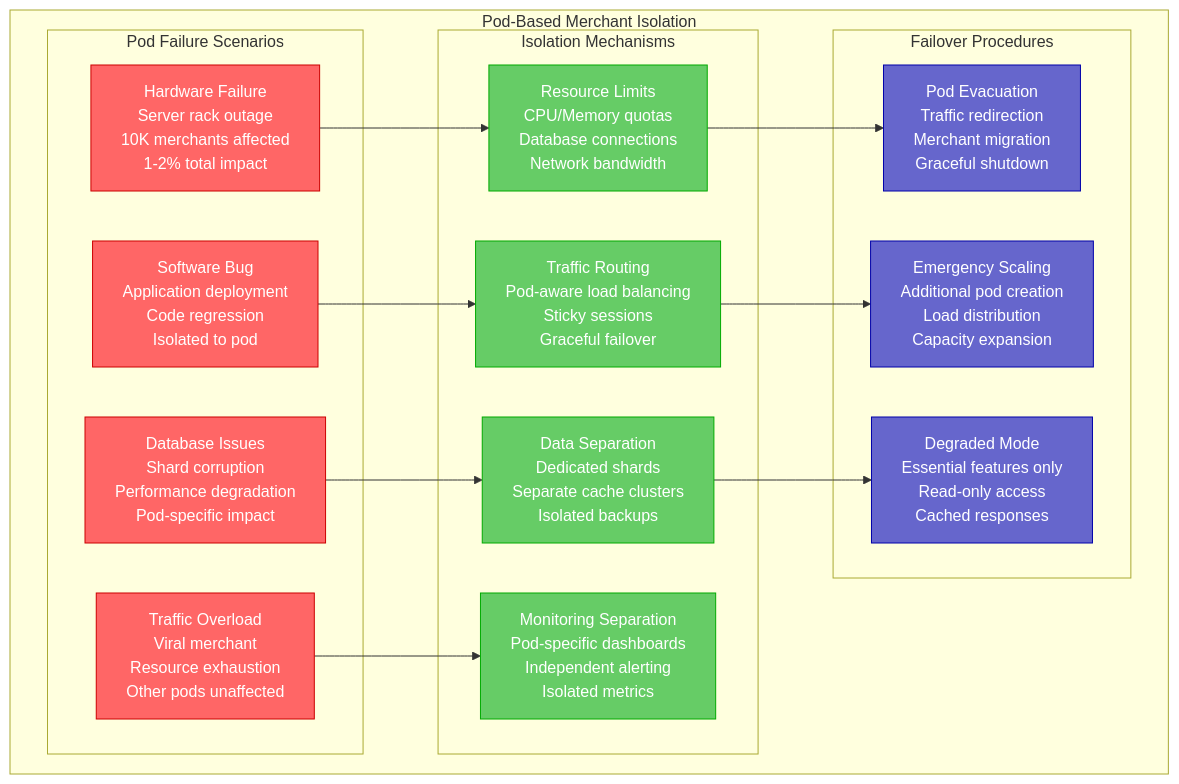
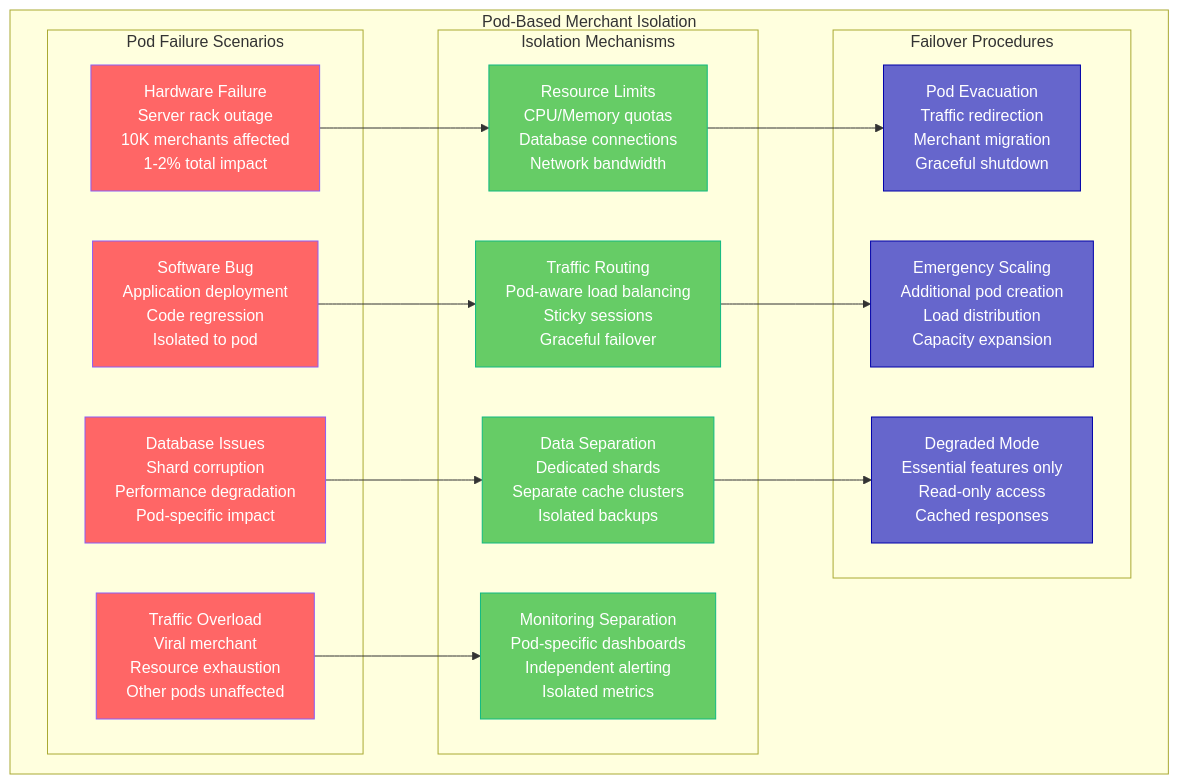
One commit to deepaucksharma/DS changed the fourth of 9 diagrams in site/docs/systems/shopify/failure-domains.md. Above: the diagram before and after it, drawn with Mermaid. The commit also changed other lines of this file and 303 other files, not shown here.

````diff
--- a/site/docs/systems/shopify/failure-domains.md
+++ b/site/docs/systems/shopify/failure-domains.md
@@ -189,52 +189,52 @@
 ```mermaid
 graph TB
     subgraph "Pod-Based Merchant Isolation"
         subgraph "Pod Failure Scenarios"
             POD_HARDWARE[Hardware Failure<br/>Server rack outage<br/>10K merchants affected<br/>1-2% total impact]
 
             POD_SOFTWARE[Software Bug<br/>Application deployment<br/>Code regression<br/>Isolated to pod]
 
             POD_DATABASE[Database Issues<br/>Shard corruption<br/>Performance degradation<br/>Pod-specific impact]
 
             POD_OVERLOAD[Traffic Overload<br/>Viral merchant<br/>Resource exhaustion<br/>Other pods unaffected]
         end
 
         subgraph "Isolation Mechanisms"
             RESOURCE_LIMITS[Resource Limits<br/>CPU/Memory quotas<br/>Database connections<br/>Network bandwidth]
 
             TRAFFIC_ROUTING[Traffic Routing<br/>Pod-aware load balancing<br/>Sticky sessions<br/>Graceful failover]
 
             DATA_SEPARATION[Data Separation<br/>Dedicated shards<br/>Separate cache clusters<br/>Isolated backups]
 
             MONITORING_SEP[Monitoring Separation<br/>Pod-specific dashboards<br/>Independent alerting<br/>Isolated metrics]
         end
 
         subgraph "Failover Procedures"
             POD_EVACUATION[Pod Evacuation<br/>Traffic redirection<br/>Merchant migration<br/>Graceful shutdown]
 
             EMERGENCY_SCALING[Emergency Scaling<br/>Additional pod creation<br/>Load distribution<br/>Capacity expansion]
 
             DEGRADED_MODE[Degraded Mode<br/>Essential features only<br/>Read-only access<br/>Cached responses]
         end
     end
 
     %% Failure to isolation mapping
     POD_HARDWARE --> RESOURCE_LIMITS
     POD_SOFTWARE --> TRAFFIC_ROUTING
     POD_DATABASE --> DATA_SEPARATION
     POD_OVERLOAD --> MONITORING_SEP
 
     %% Isolation to failover mapping
     RESOURCE_LIMITS --> POD_EVACUATION
     TRAFFIC_ROUTING --> EMERGENCY_SCALING
     DATA_SEPARATION --> DEGRADED_MODE
 
     %% Apply pod colors
-    classDef failureStyle fill:#FF6666,stroke:#CC0000,color:#fff
-    classDef isolationStyle fill:#66CC66,stroke:#00AA00,color:#fff
+    classDef failureStyle fill:#FF6666,stroke:#8B5CF6,color:#fff
+    classDef isolationStyle fill:#66CC66,stroke:#10B981,color:#fff
     classDef failoverStyle fill:#6666CC,stroke:#0000AA,color:#fff
 
     class POD_HARDWARE,POD_SOFTWARE,POD_DATABASE,POD_OVERLOAD failureStyle
     class RESOURCE_LIMITS,TRAFFIC_ROUTING,DATA_SEPARATION,MONITORING_SEP isolationStyle
     class POD_EVACUATION,EMERGENCY_SCALING,DEGRADED_MODE failoverStyle
 ```
````
